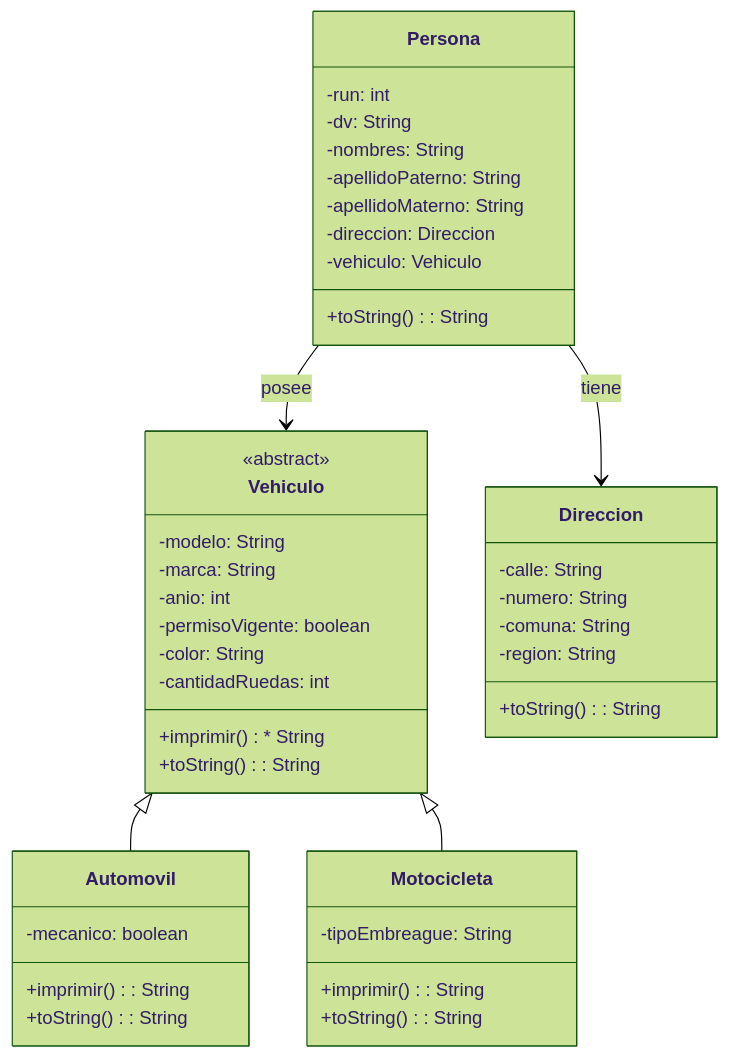
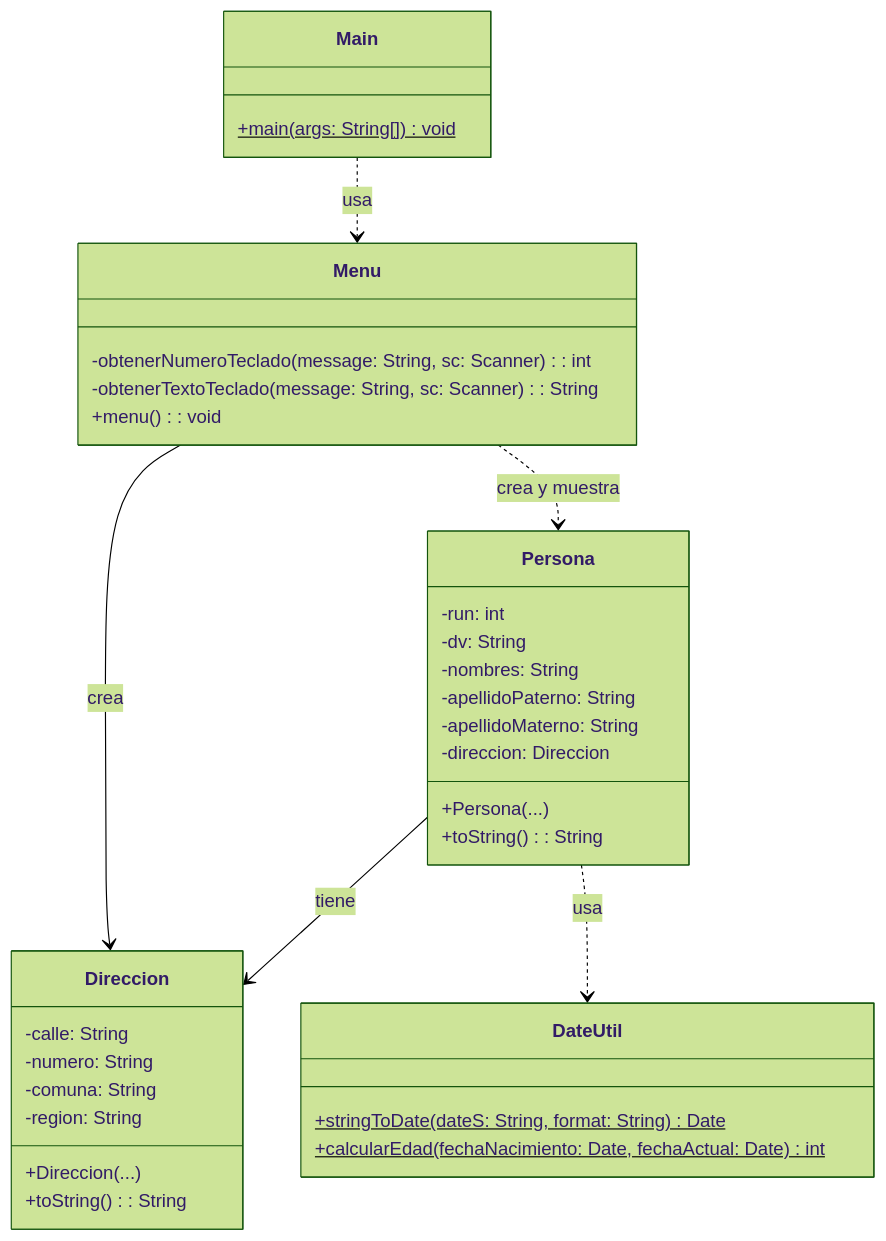
The diagram in 08/README.md (elprofecarreno/poo-fundaments), drawn with Mermaid (forest theme) before and after one commit. The commit also changed other lines of this file and 34 other files, not shown here.

````diff
--- a/08/README.md
+++ b/08/README.md
@@ -11,50 +11,43 @@
 ```mermaid
 classDiagram
-    class Vehiculo {
-        <<abstract>>
-        -modelo: String
-        -marca: String
-        -anio: int
-        -permisoVigente: boolean
-        -color: String
-        -cantidadRuedas: int
-        +imprimir() * String
-        +toString(): String
-    }
-
-    class Automovil {
-        -mecanico: boolean
-        +imprimir(): String
-        +toString(): String
-    }
-
-    class Motocicleta {
-        -tipoEmbreague: String
-        +imprimir(): String
-        +toString(): String
+    class Menu {
+        -obtenerNumeroTeclado(message: String, sc: Scanner): int
+        -obtenerTextoTeclado(message: String, sc: Scanner): String
+        +menu(): void
     }
 
     class Persona {
         -run: int
         -dv: String
         -nombres: String
         -apellidoPaterno: String
         -apellidoMaterno: String
         -direccion: Direccion
-        -vehiculo: Vehiculo
+        +Persona(...)
         +toString(): String
     }
 
     class Direccion {
         -calle: String
         -numero: String
         -comuna: String
         -region: String
+        +Direccion(...)
         +toString(): String
     }
 
-    Vehiculo <|-- Automovil
-    Vehiculo <|-- Motocicleta
+    class DateUtil {
+        +stringToDate(dateS: String, format: String)$ Date
+        +calcularEdad(fechaNacimiento: Date, fechaActual: Date)$ int
+    }
+
+    class Main {
+        +main(args: String[])$ void
+    }
+
+    Main ..> Menu : usa
+    Menu ..> Persona : crea y muestra
+    Menu --> Direccion : crea
     Persona --> Direccion : tiene
-    Persona --> Vehiculo : posee
+    Persona ..> DateUtil : usa
 ```
````
